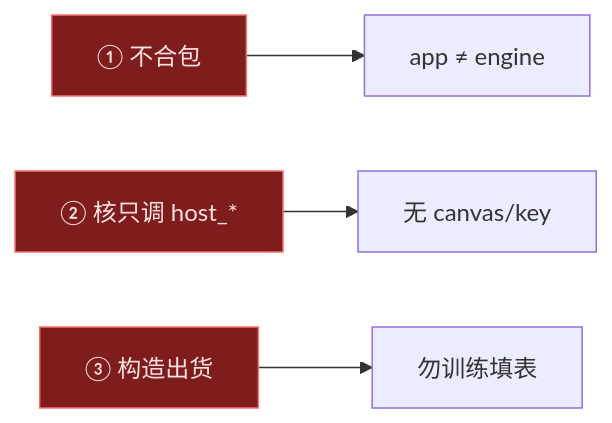
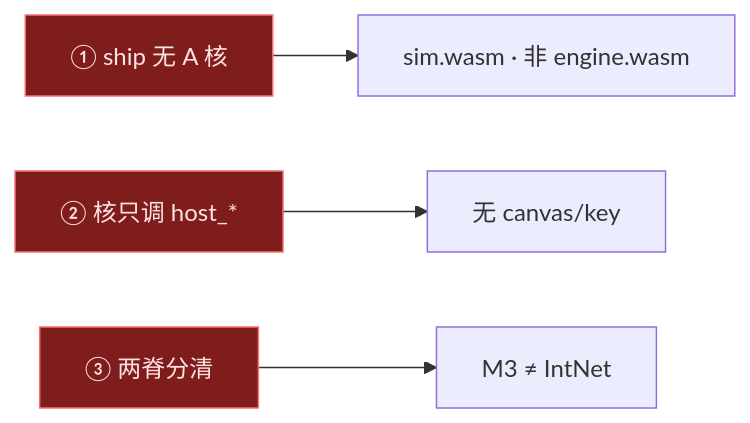
The sixth of 6 diagrams in ujs/prd.md (partnernetsoftware/unisacc), drawn with Mermaid before and after one commit. The commit also changed other lines of this file and 20 other files, not shown here.

````diff
--- a/ujs/prd.md
+++ b/ujs/prd.md
@@ -539,9 +546,9 @@
 ```mermaid
 flowchart LR
-    L1["① 不合包"] --> R1["app ≠ engine"]
+    L1["① ship 无 A 核"] --> R1["sim.wasm · 非 engine.wasm"]
     L2["② 核只调 host_*"] --> R2["无 canvas/key"]
-    L3["③ 构造出货"] --> R3["勿训练填表"]
+    L3["③ 两脊分清"] --> R3["M3 ≠ IntNet"]
 
     classDef red fill:#7f1d1d,stroke:#f87171,color:#fee2e2
     class L1,L2,L3 red
 ```
````
